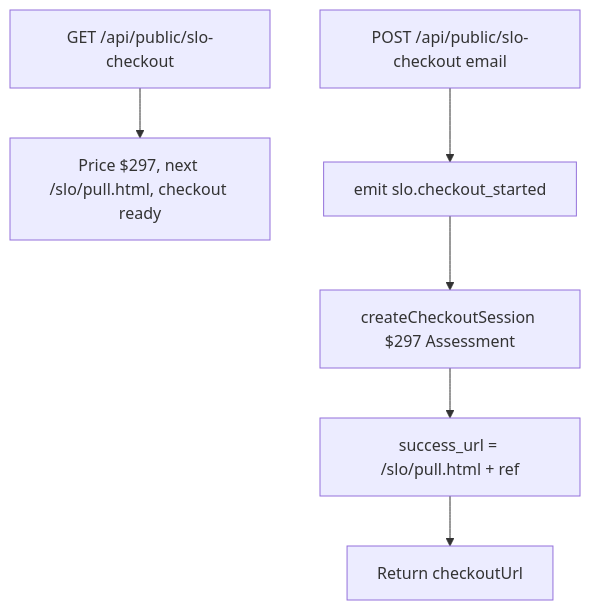
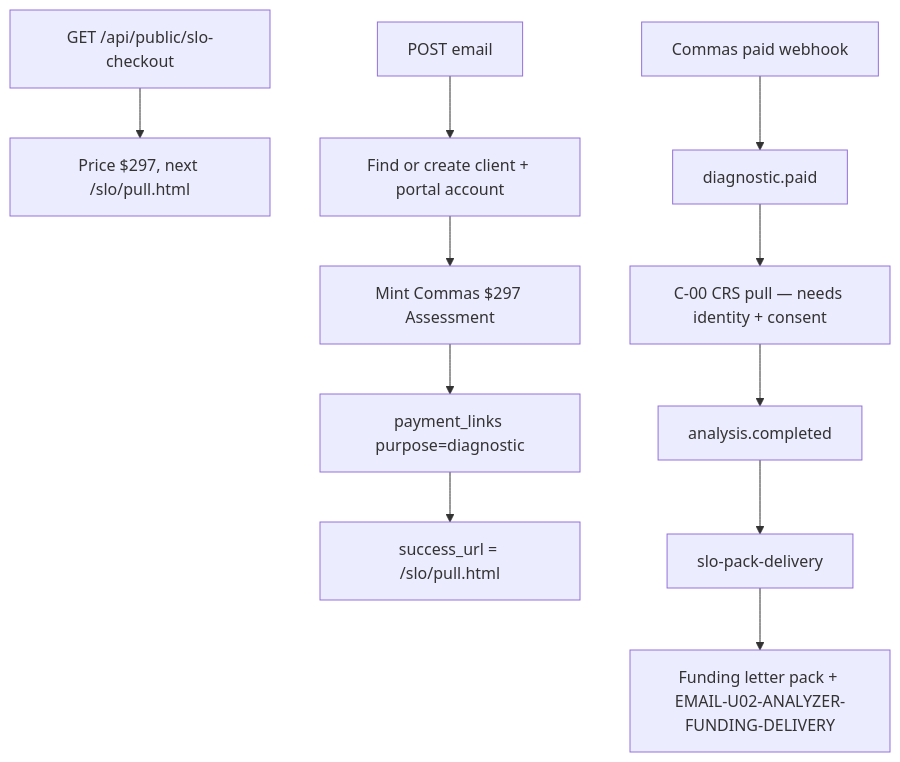
The diagram in docs/journeys/slo-offer-actual.md (ZootimusMaximusSupreme/Fundhub_ai), drawn with Mermaid before and after one commit. The commit also changed other lines of this file and 12 other files, not shown here.

First line of the commit message:
Plug the $297 SLO pay into UnderwriteIQ so the pack and email fire.

````diff
--- a/docs/journeys/slo-offer-actual.md
+++ b/docs/journeys/slo-offer-actual.md
@@ -7,8 +7,13 @@
 ```mermaid
 flowchart TD
-  A["GET /api/public/slo-checkout"] --> B["Price $297, next /slo/pull.html, checkout ready"]
-  C["POST /api/public/slo-checkout email"] --> D["emit slo.checkout_started"]
-  D --> E["createCheckoutSession $297 Assessment"]
-  E --> F["success_url = /slo/pull.html + ref"]
-  F --> G["Return checkoutUrl"]
+  A["GET /api/public/slo-checkout"] --> B["Price $297, next /slo/pull.html"]
+  C["POST email"] --> D["Find or create client + portal account"]
+  D --> E["Mint Commas $297 Assessment"]
+  E --> F["payment_links purpose=diagnostic"]
+  F --> G["success_url = /slo/pull.html"]
+  H["Commas paid webhook"] --> I["diagnostic.paid"]
+  I --> J["C-00 CRS pull — needs identity + consent"]
+  J --> K["analysis.completed"]
+  K --> L["slo-pack-delivery"]
+  L --> M["Funding letter pack + EMAIL-U02-ANALYZER-FUNDING-DELIVERY"]
 ```
````
